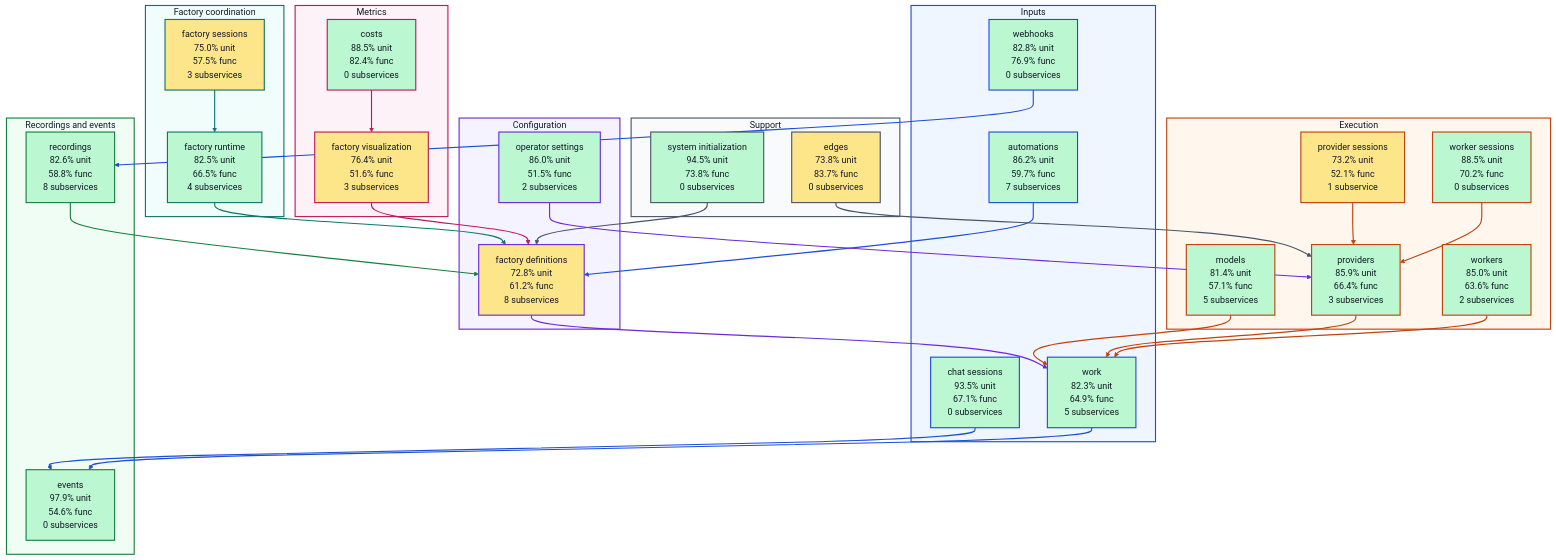
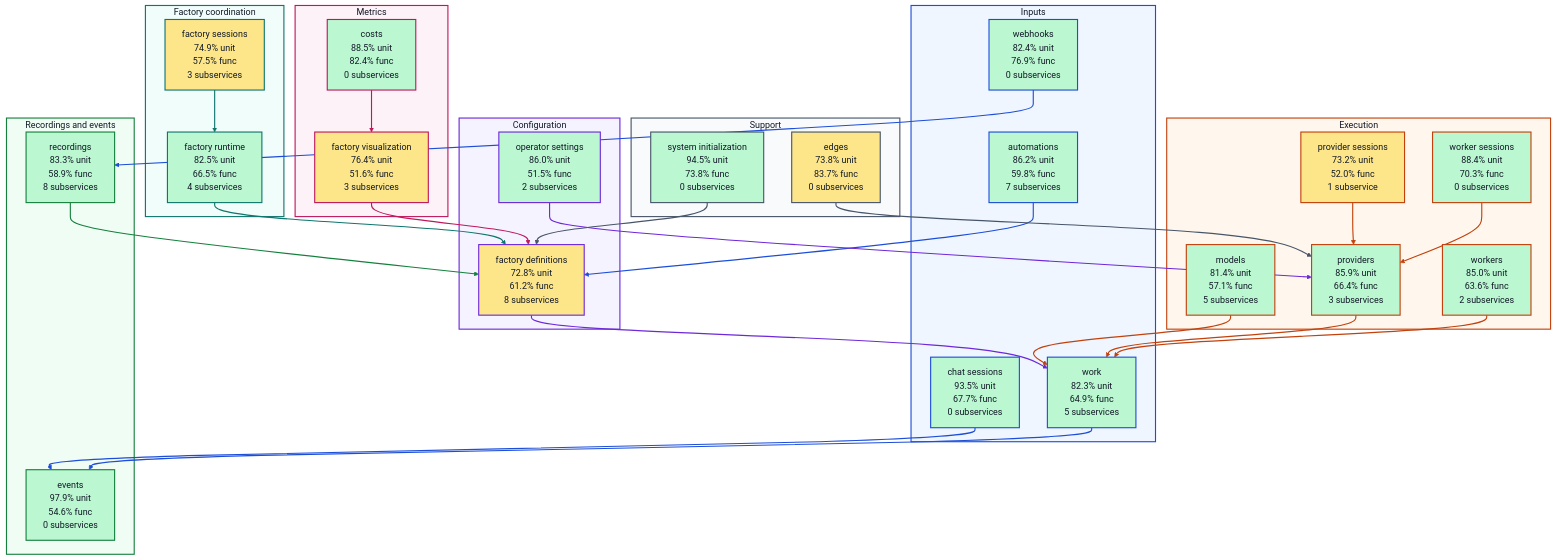
The diagram in docs/architecture/visualizations/high-level-test-coverage.md (portpowered/you-agent-factory), drawn with Mermaid before and after one commit. The commit also changed other lines of this file and 20 other files, not shown here.

Commit message:
docs: refresh backend architecture visualizations

````diff
--- a/docs/architecture/visualizations/high-level-test-coverage.md
+++ b/docs/architecture/visualizations/high-level-test-coverage.md
@@ -11,9 +11,9 @@
 ```mermaid
 flowchart TB
   subgraph input["Inputs"]
-    s_services_automations["automations<br/>86.2% unit<br/>59.7% func<br/>7 subservices"]
-    s_services_chat_sessions["chat sessions<br/>93.5% unit<br/>67.1% func<br/>0 subservices"]
-    s_services_webhooks["webhooks<br/>82.8% unit<br/>76.9% func<br/>0 subservices"]
+    s_services_automations["automations<br/>86.2% unit<br/>59.8% func<br/>7 subservices"]
+    s_services_chat_sessions["chat sessions<br/>93.5% unit<br/>67.7% func<br/>0 subservices"]
+    s_services_webhooks["webhooks<br/>82.4% unit<br/>76.9% func<br/>0 subservices"]
     s_services_work["work<br/>82.3% unit<br/>64.9% func<br/>5 subservices"]
   end
   subgraph configuration["Configuration"]
@@ -22,18 +22,18 @@
   end
   subgraph coordination["Factory coordination"]
     s_services_factory_runtime["factory runtime<br/>82.5% unit<br/>66.5% func<br/>4 subservices"]
-    s_services_factory_sessions["factory sessions<br/>75.0% unit<br/>57.5% func<br/>3 subservices"]
+    s_services_factory_sessions["factory sessions<br/>74.9% unit<br/>57.5% func<br/>3 subservices"]
   end
   subgraph execution["Execution"]
     s_services_models["models<br/>81.4% unit<br/>57.1% func<br/>5 subservices"]
-    s_services_provider_sessions["provider sessions<br/>73.2% unit<br/>52.1% func<br/>1 subservice"]
+    s_services_provider_sessions["provider sessions<br/>73.2% unit<br/>52.0% func<br/>1 subservice"]
     s_services_providers["providers<br/>85.9% unit<br/>66.4% func<br/>3 subservices"]
-    s_services_worker_sessions["worker sessions<br/>88.5% unit<br/>70.2% func<br/>0 subservices"]
+    s_services_worker_sessions["worker sessions<br/>88.4% unit<br/>70.3% func<br/>0 subservices"]
     s_services_workers["workers<br/>85.0% unit<br/>63.6% func<br/>2 subservices"]
   end
   subgraph recordings["Recordings and events"]
     s_services_events["events<br/>97.9% unit<br/>54.6% func<br/>0 subservices"]
-    s_services_recordings["recordings<br/>82.6% unit<br/>58.8% func<br/>8 subservices"]
+    s_services_recordings["recordings<br/>83.3% unit<br/>58.9% func<br/>8 subservices"]
   end
   subgraph metrics["Metrics"]
     s_services_costs["costs<br/>88.5% unit<br/>82.4% func<br/>0 subservices"]
````
